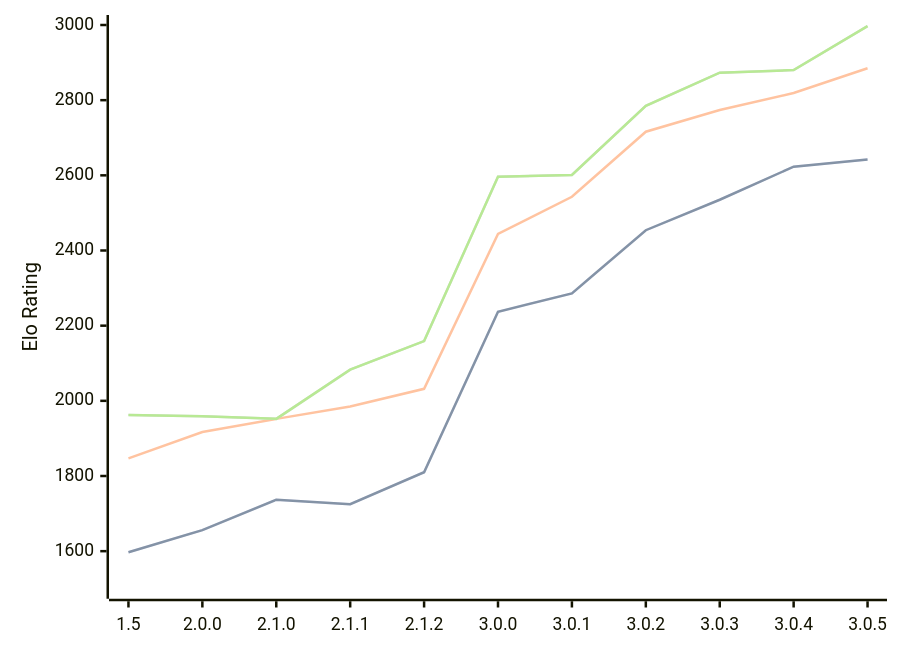
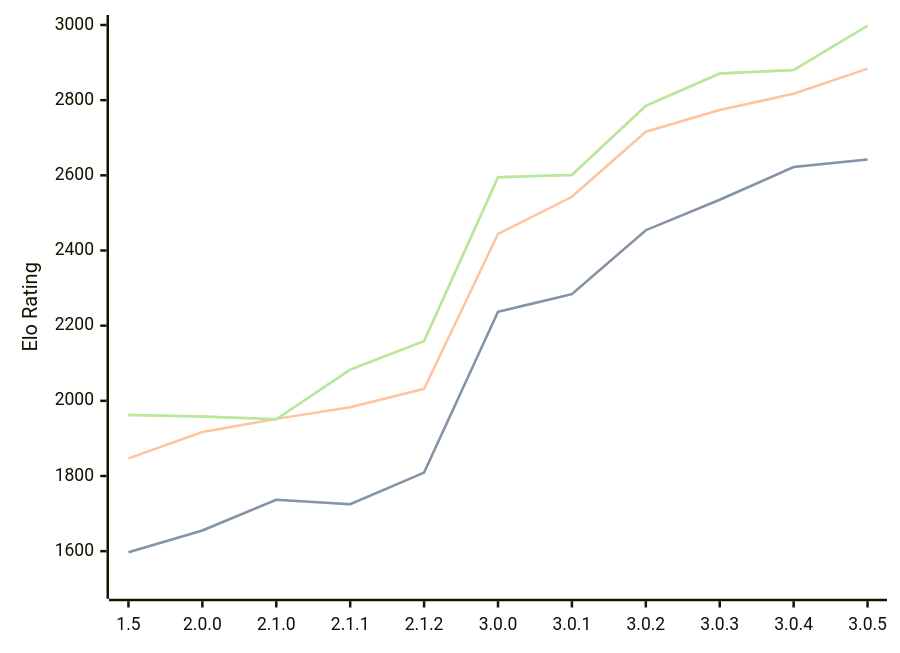
Before and after one commit to computer-chess-index/cci: the diagram in engines/Rudim.md, drawn with Mermaid. The commit also changed other lines of this file, not shown here.

Commit message:
Update CCI Ratings (ELO VLTC) - 2026-09-03

````diff
--- a/engines/Rudim.md
+++ b/engines/Rudim.md
@@ -45,11 +45,11 @@
 ```mermaid
 %%{init: {"theme":"base","themeVariables":{"seriesColors:['#a3a3a3','#222221','#faa371']}}}%%
 xychart-beta
   x-axis ["1.5", "2.0.0", "2.1.0", "2.1.1", "2.1.2", "3.0.0", "3.0.1", "3.0.2", "3.0.3", "3.0.4", "3.0.5"]
   y-axis "Elo Rating" 1500 --> 3000
-  line "" [1597, 1656, 1737, 1725, 1810, 2237, 2286, 2454, 2535, 2623, 2642]
-  line "STC (8.0+0.08s)" [1597, 1656, 1737, 1725, 1810, 2237, 2286, 2454, 2535, 2623, 2642]
-  line "LTC (60.0+0.60s)" [1847, 1917, 1952, 1985, 2032, 2444, 2543, 2716, 2774, 2819, 2885]
-  line "" [1962, 1959, 1952, 2083, 2159, 2596, 2601, 2785, 2873, 2880, 2997]
-  line "VLTC (2m24s+1.12s)" [1962, 1959, 1952, 2083, 2159, 2596, 2601, 2785, 2873, 2880, 2997]
+  line "" [1597, 1655, 1737, 1725, 1809, 2237, 2284, 2454, 2535, 2622, 2642]
+  line "STC (8.0+0.08s)" [1597, 1655, 1737, 1725, 1809, 2237, 2284, 2454, 2535, 2622, 2642]
+  line "LTC (60.0+0.60s)" [1847, 1917, 1952, 1983, 2032, 2444, 2543, 2716, 2774, 2817, 2884]
+  line "" [1962, 1958, 1951, 2083, 2159, 2595, 2601, 2785, 2871, 2880, 2998]
+  line "VLTC (2m24s+1.12s)" [1962, 1958, 1951, 2083, 2159, 2595, 2601, 2785, 2871, 2880, 2998]
 ```
````
